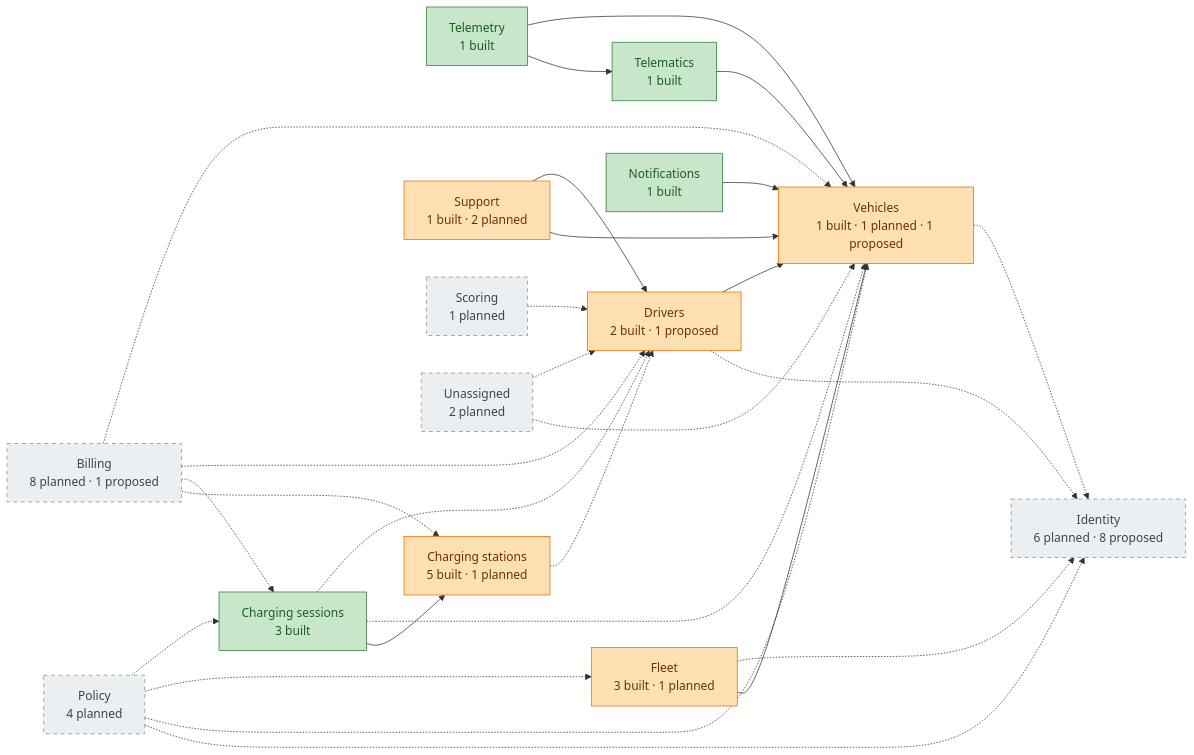
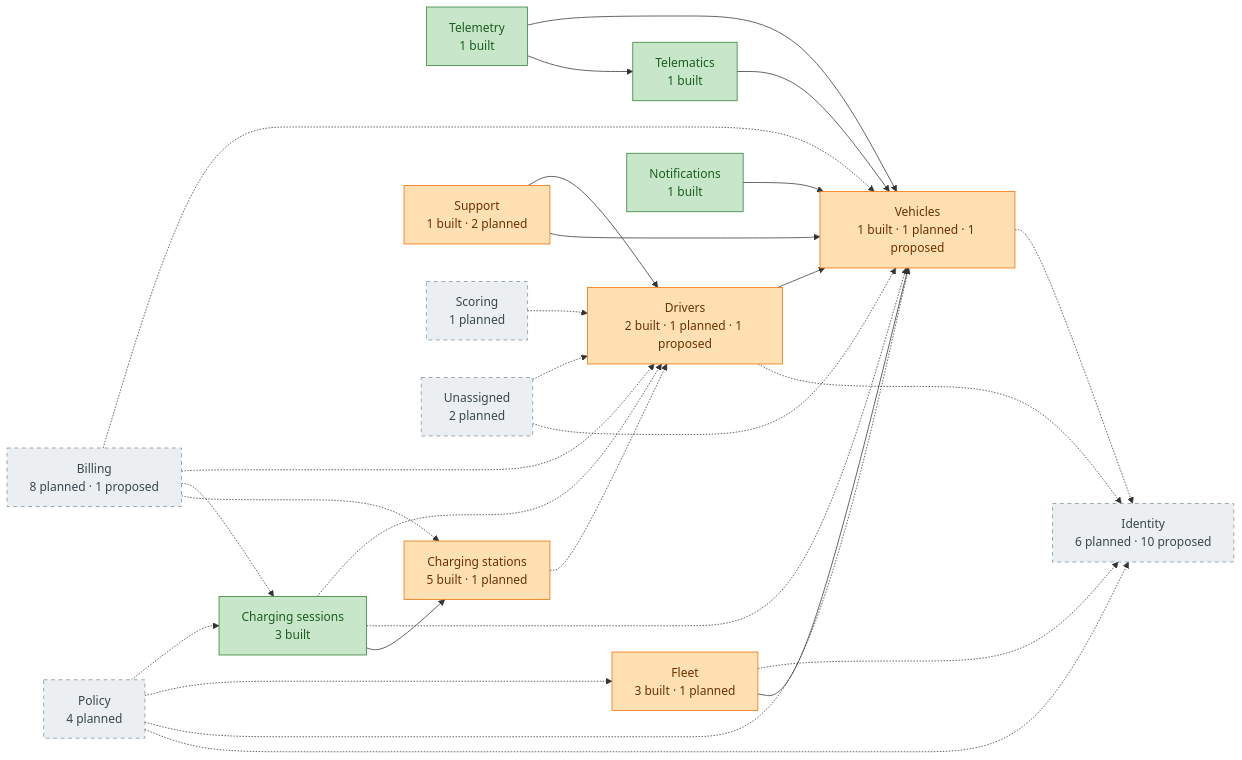
Before and after one commit to yolo-coccoc/G3Network-app: the diagram in docs/design/domain-model/overview.md, drawn with Mermaid. The commit also changed other lines of this file and 21 other files, not shown here.

````diff
--- a/docs/design/domain-model/overview.md
+++ b/docs/design/domain-model/overview.md
@@ -28,46 +28,46 @@
 ```mermaid
 flowchart LR
-  identity["Identity<br/>6 planned · 8 proposed"]:::planned
+  identity["Identity<br/>6 planned · 10 proposed"]:::planned
   vehicles["Vehicles<br/>1 built · 1 planned · 1 proposed"]:::partial
   telematics["Telematics<br/>1 built"]:::built
   telemetry["Telemetry<br/>1 built"]:::built
-  drivers["Drivers<br/>2 built · 1 proposed"]:::partial
+  drivers["Drivers<br/>2 built · 1 planned · 1 proposed"]:::partial
   fleet["Fleet<br/>3 built · 1 planned"]:::partial
   charging_stations["Charging stations<br/>5 built · 1 planned"]:::partial
   charging_sessions["Charging sessions<br/>3 built"]:::built
   notifications["Notifications<br/>1 built"]:::built
   support["Support<br/>1 built · 2 planned"]:::partial
   policy["Policy<br/>4 planned"]:::planned
   billing["Billing<br/>8 planned · 1 proposed"]:::planned
   scoring["Scoring<br/>1 planned"]:::planned
   unassigned["Unassigned<br/>2 planned"]:::planned
   telematics --> vehicles
   telemetry --> telematics
   telemetry --> vehicles
   drivers -.-> identity
   drivers --> vehicles
   fleet --> vehicles
   fleet -.-> identity
   charging_stations -.-> drivers
   charging_sessions --> charging_stations
   charging_sessions -.-> vehicles
   charging_sessions -.-> drivers
   notifications --> vehicles
   support --> vehicles
   support --> drivers
   policy -.-> identity
   policy -.-> vehicles
   policy -.-> fleet
   policy -.-> charging_sessions
   billing -.-> charging_stations
   billing -.-> charging_sessions
   billing -.-> drivers
   billing -.-> vehicles
   scoring -.-> drivers
   unassigned -.-> vehicles
   unassigned -.-> drivers
   vehicles -.-> identity
   classDef built fill:#C8E6C9,stroke:#2E7D32,color:#1B5E20
   classDef partial fill:#FFE0B2,stroke:#EF6C00,color:#6D3100
   classDef planned fill:#ECEFF1,stroke:#78909C,color:#37474F,stroke-dasharray:5 5
 ```
````
